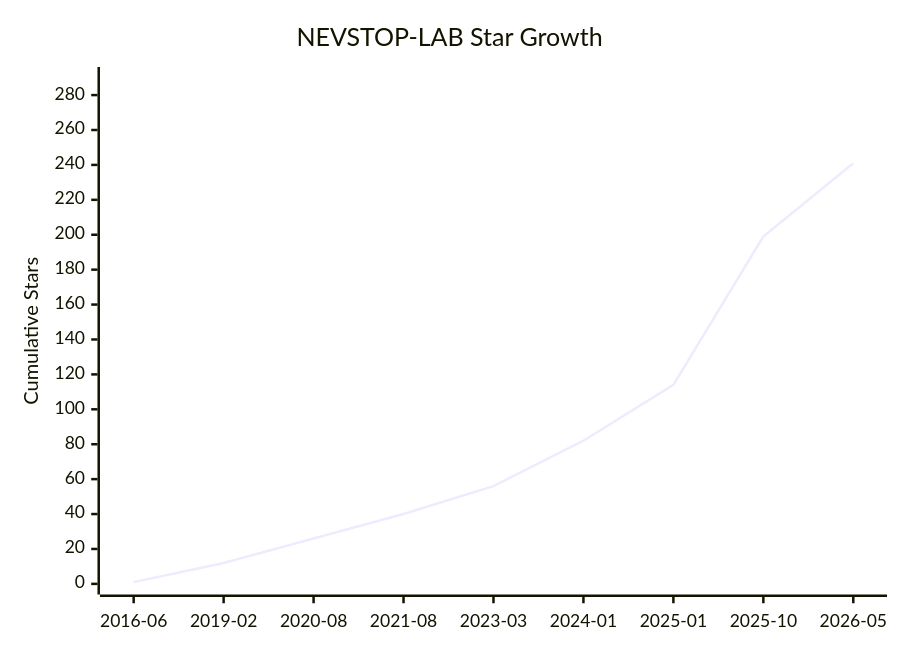
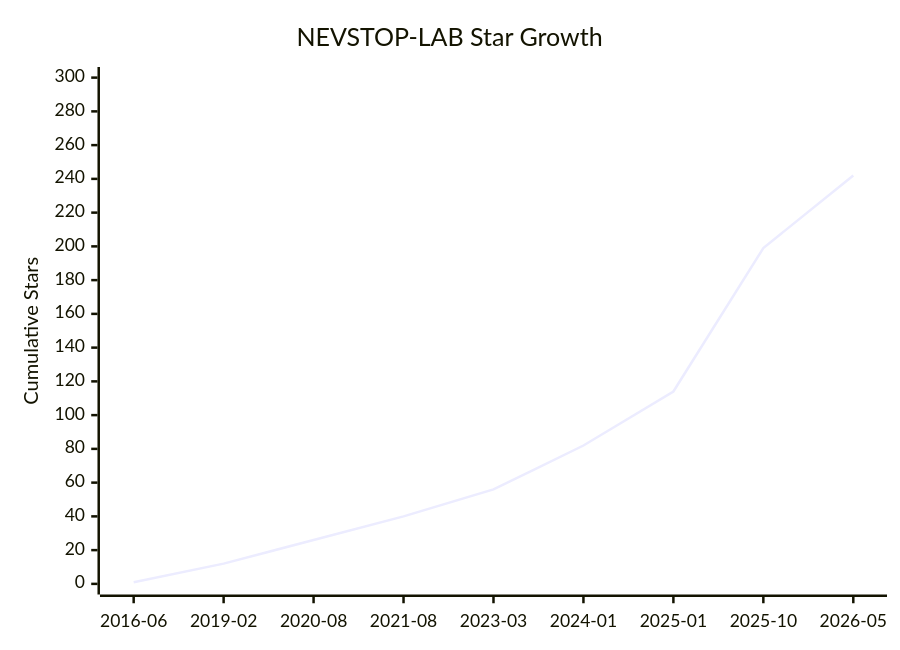
Before and after one commit to NEVSTOP-LAB/.github: the diagram in Star-History.md, drawn with Mermaid. The commit also changed other lines of this file, not shown here.

````diff
--- a/Star-History.md
+++ b/Star-History.md
@@ -8,7 +8,7 @@
 ```mermaid
 xychart-beta
     title "NEVSTOP-LAB Star Growth"
     x-axis ["2016-06", "2019-02", "2020-08", "2021-08", "2023-03", "2024-01", "2025-01", "2025-10", "2026-05"]
-    y-axis "Cumulative Stars" 0 --> 290
-    line [1, 12, 26, 40, 56, 82, 114, 199, 241]
+    y-axis "Cumulative Stars" 0 --> 300
+    line [1, 12, 26, 40, 56, 82, 114, 199, 242]
 ```
````
